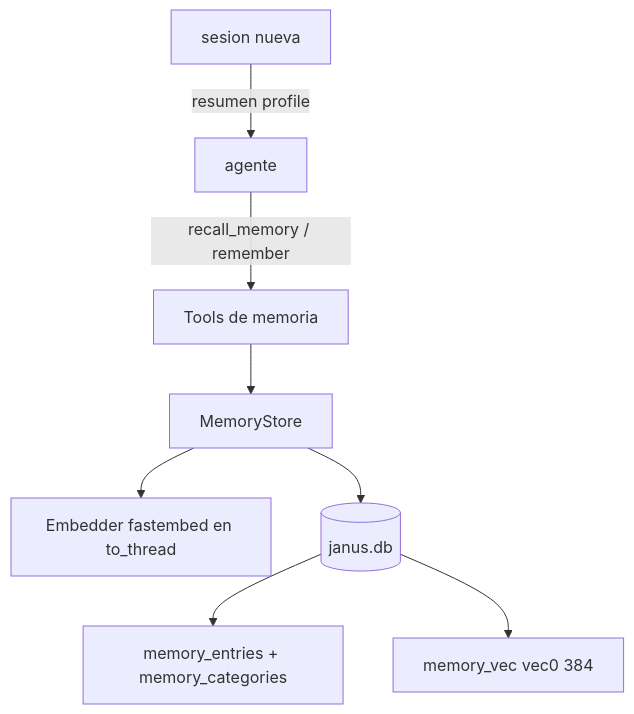
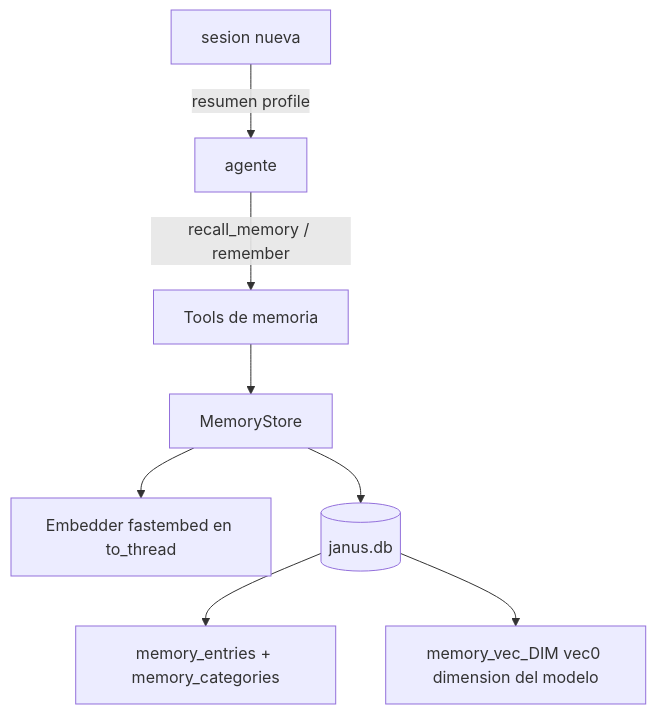
One commit to Cetrei/janus changed the diagram in docs/specs/spec-07-memory.md. Above: the diagram before and after it, drawn with Mermaid. The commit also changed other lines of this file and 9 other files, not shown here.

````diff
--- a/docs/specs/spec-07-memory.md
+++ b/docs/specs/spec-07-memory.md
@@ -86,10 +86,10 @@
 ```mermaid
 flowchart TD
     AG[agente] -->|recall_memory / remember| T[Tools de memoria]
     T --> S[MemoryStore]
     S --> E[Embedder fastembed en to_thread]
     S --> DB[(janus.db)]
     DB --> R[memory_entries + memory_categories]
-    DB --> V[memory_vec vec0 384]
+    DB --> V[memory_vec_DIM vec0 dimension del modelo]
     SEED[sesion nueva] -->|resumen profile| AG
 ```
````
